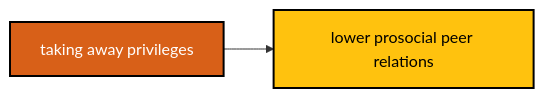
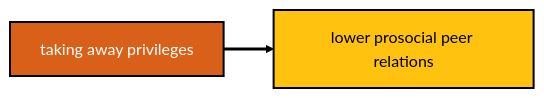
Before and after one commit to agrogan1/closeread: the fifth of 5 diagrams in parenting.qmd, drawn with Mermaid. The commit also changed other lines of this file and 1 other file, not shown here.

Commit message:
updated graphics: explaining -> lower aggression; thicker line width

````diff
--- a/parenting.qmd
+++ b/parenting.qmd
@@ -265,16 +277,18 @@
 ```{mermaid}
 flowchart LR
 
  classDef yellow fill:#FFC20E,stroke:#000000,stroke-width:2px,color:#000000;
   
   classDef blue fill:#374EA2,stroke:#000000,stroke-width:2px,color:#FFFFFF;
   
   classDef green fill:#00833D,stroke:#000000,stroke-width:2px,color:#FFFFFF;
   
   classDef orange fill:#D86018,stroke:#000000,stroke-width:2px,color:#FFFFFF;
   
   classDef red fill:#9A3324,stroke:#000000,stroke-width:2px,color:#FFFFFF;
   
   takingawayprivileges[taking away privileges]:::orange --> lowerprosocial[lower prosocial peer relations]:::yellow
-  
+ 
+  linkStyle 0 stroke:#000000,stroke-width:3px,color:black;
+ 
 ```
````
